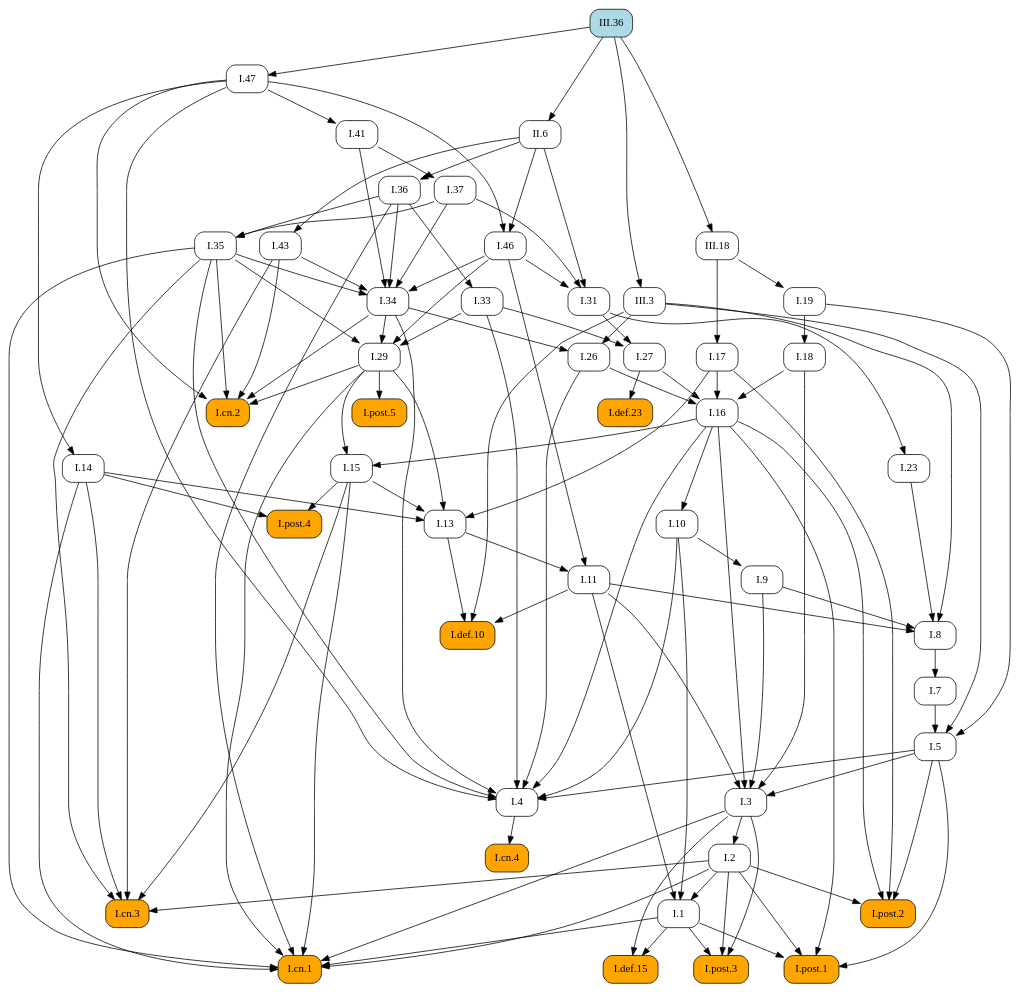
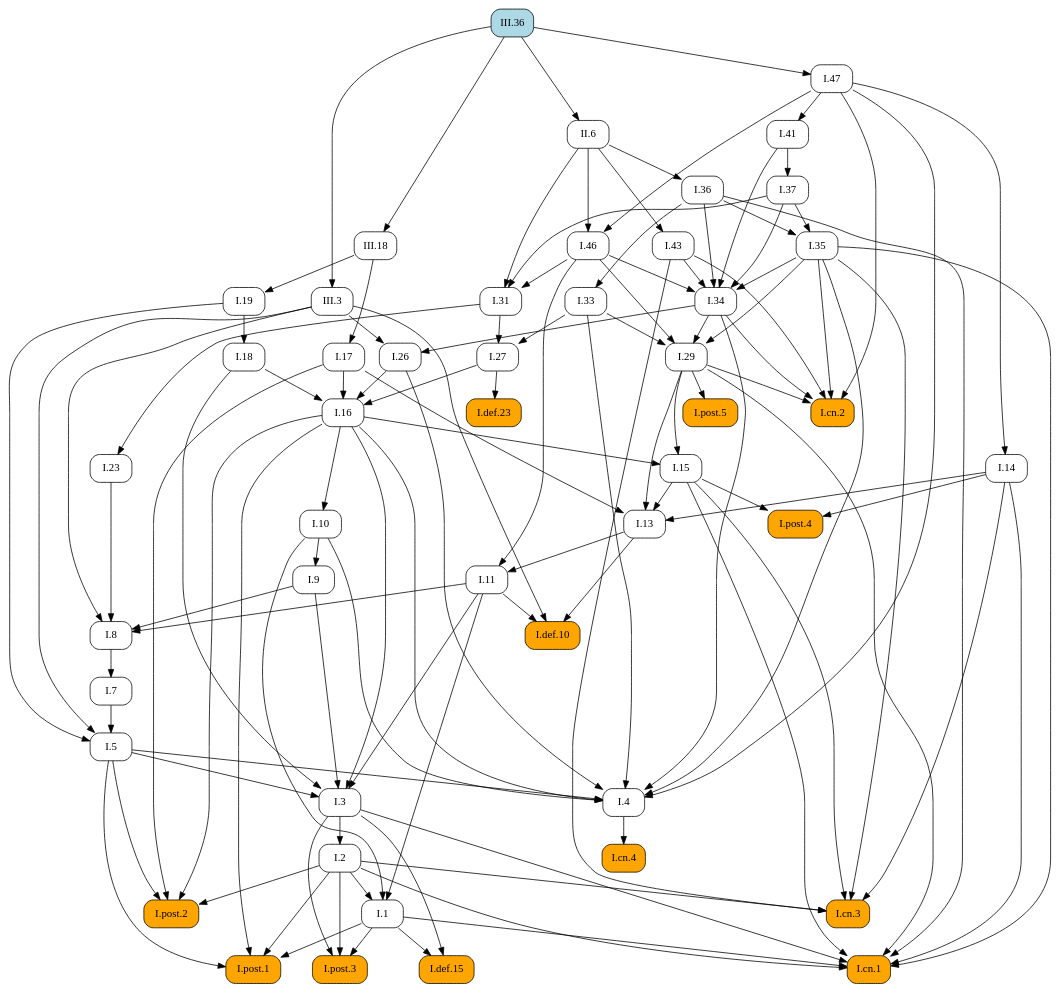
One commit to geometor/elements changed the diagram in docsrc/elements2/III/36/index.rst. Above: the diagram before and after it, drawn with Graphviz. The commit also changed other lines of this file and 171 other files, not shown here.

```diff
--- a/docsrc/elements2/III/36/index.rst
+++ b/docsrc/elements2/III/36/index.rst
@@ -72,94 +72,145 @@
    digraph {
      rankdir="TB";
      node [shape=box, style=rounded];
+     "I.8" [URL="/elements2/I/8/", target="_top"];
+     "I.46" [URL="/elements2/I/46/", target="_top"];
+     "I.36" [URL="/elements2/I/36/", target="_top"];
+     "III.36" [style="rounded,filled", fillcolor=lightblue, URL="/elements2/III/36/", target="_top"];
+     "I.47" [URL="/elements2/I/47/", target="_top"];
+     "I.14" [URL="/elements2/I/14/", target="_top"];
+     "I.post.1" [style="rounded,filled", fillcolor=orange, URL="/elements2/I/post.1/", target="_top"];
+     "I.33" [URL="/elements2/I/33/", target="_top"];
+     "I.5" [URL="/elements2/I/5/", target="_top"];
+     "I.post.5" [style="rounded,filled", fillcolor=orange, URL="/elements2/I/post.5/", target="_top"];
+     "I.def.10" [style="rounded,filled", fillcolor=orange, URL="/elements2/I/def.10/", target="_top"];
+     "III.3" [URL="/elements2/III/3/", target="_top"];
+     "I.cn.2" [style="rounded,filled", fillcolor=orange, URL="/elements2/I/cn.2/", target="_top"];
+     "I.def.15" [style="rounded,filled", fillcolor=orange, URL="/elements2/I/def.15/", target="_top"];
+     "I.31" [URL="/elements2/I/31/", target="_top"];
+     "I.11" [URL="/elements2/I/11/", target="_top"];
+     "I.43" [URL="/elements2/I/43/", target="_top"];
+     "I.post.2" [style="rounded,filled", fillcolor=orange, URL="/elements2/I/post.2/", target="_top"];
+     "I.3" [URL="/elements2/I/3/", target="_top"];
+     "I.def.23" [style="rounded,filled", fillcolor=orange, URL="/elements2/I/def.23/", target="_top"];
+     "I.26" [URL="/elements2/I/26/", target="_top"];
+     "I.19" [URL="/elements2/I/19/", target="_top"];
+     "I.cn.3" [style="rounded,filled", fillcolor=orange, URL="/elements2/I/cn.3/", target="_top"];
+     "I.cn.4" [style="rounded,filled", fillcolor=orange, URL="/elements2/I/cn.4/", target="_top"];
+     "I.1" [URL="/elements2/I/1/", target="_top"];
+     "I.7" [URL="/elements2/I/7/", target="_top"];
+     "I.17" [URL="/elements2/I/17/", target="_top"];
+     "I.9" [URL="/elements2/I/9/", target="_top"];
+     "I.cn.1" [style="rounded,filled", fillcolor=orange, URL="/elements2/I/cn.1/", target="_top"];
+     "I.29" [URL="/elements2/I/29/", target="_top"];
+     "I.post.4" [style="rounded,filled", fillcolor=orange, URL="/elements2/I/post.4/", target="_top"];
+     "I.16" [URL="/elements2/I/16/", target="_top"];
+     "I.13" [URL="/elements2/I/13/", target="_top"];
+     "I.18" [URL="/elements2/I/18/", target="_top"];
+     "I.41" [URL="/elements2/I/41/", target="_top"];
+     "I.35" [URL="/elements2/I/35/", target="_top"];
+     "I.2" [URL="/elements2/I/2/", target="_top"];
+     "II.6" [URL="/elements2/II/6/", target="_top"];
      "I.37" [URL="/elements2/I/37/", target="_top"];
-     "I.def.10" [style="rounded,filled", fillcolor=orange, URL="/elements2/I/def.10/", target="_top"];
-     "I.46" [URL="/elements2/I/46/", target="_top"];
-     "I.47" [URL="/elements2/I/47/", target="_top"];
+     "I.27" [URL="/elements2/I/27/", target="_top"];
+     "III.18" [URL="/elements2/III/18/", target="_top"];
+     "I.4" [URL="/elements2/I/4/", target="_top"];
+     "I.10" [URL="/elements2/I/10/", target="_top"];
+     "I.15" [URL="/elements2/I/15/", target="_top"];
      "I.34" [URL="/elements2/I/34/", target="_top"];
-     "I.cn.4" [style="rounded,filled", fillcolor=orange, URL="/elements2/I/cn.4/", target="_top"];
-     "I.def.15" [style="rounded,filled", fillcolor=orange, URL="/elements2/I/def.15/", target="_top"];
+     "I.23" [URL="/elements2/I/23/", target="_top"];
      "I.post.3" [style="rounded,filled", fillcolor=orange, URL="/elements2/I/post.3/", target="_top"];
-     "I.41" [URL="/elements2/I/41/", target="_top"];
-     "I.36" [URL="/elements2/I/36/", target="_top"];
-     "I.27" [URL="/elements2/I/27/", target="_top"];
-     "I.post.2" [style="rounded,filled", fillcolor=orange, URL="/elements2/I/post.2/", target="_top"];
-     "I.13" [URL="/elements2/I/13/", target="_top"];
-     "I.10" [URL="/elements2/I/10/", target="_top"];
-     "I.post.1" [style="rounded,filled", fillcolor=orange, URL="/elements2/I/post.1/", target="_top"];
-     "I.7" [URL="/elements2/I/7/", target="_top"];
-     "II.6" [URL="/elements2/II/6/", target="_top"];
-     "I.14" [URL="/elements2/I/14/", target="_top"];
-     "I.11" [URL="/elements2/I/11/", target="_top"];
-     "I.4" [URL="/elements2/I/4/", target="_top"];
-     "I.16" [URL="/elements2/I/16/", target="_top"];
-     "III.36" [style="rounded,filled", fillcolor=lightblue, URL="/elements2/III/36/", target="_top"];
-     "I.def.23" [style="rounded,filled", fillcolor=orange, URL="/elements2/I/def.23/", target="_top"];
-     "I.9" [URL="/elements2/I/9/", target="_top"];
-     "I.18" [URL="/elements2/I/18/", target="_top"];
-     "I.8" [URL="/elements2/I/8/", target="_top"];
-     "III.18" [URL="/elements2/III/18/", target="_top"];
-     "I.cn.2" [style="rounded,filled", fillcolor=orange, URL="/elements2/I/cn.2/", target="_top"];
-     "I.26" [URL="/elements2/I/26/", target="_top"];
-     "I.23" [URL="/elements2/I/23/", target="_top"];
-     "I.15" [URL="/elements2/I/15/", target="_top"];
-     "I.post.5" [style="rounded,filled", fillcolor=orange, URL="/elements2/I/post.5/", target="_top"];
-     "I.2" [URL="/elements2/I/2/", target="_top"];
-     "I.1" [URL="/elements2/I/1/", target="_top"];
-     "I.35" [URL="/elements2/I/35/", target="_top"];
-     "III.3" [URL="/elements2/III/3/", target="_top"];
-     "I.43" [URL="/elements2/I/43/", target="_top"];
-     "I.33" [URL="/elements2/I/33/", target="_top"];
-     "I.31" [URL="/elements2/I/31/", target="_top"];
-     "I.post.4" [style="rounded,filled", fillcolor=orange, URL="/elements2/I/post.4/", target="_top"];
-     "I.cn.1" [style="rounded,filled", fillcolor=orange, URL="/elements2/I/cn.1/", target="_top"];
-     "I.3" [URL="/elements2/I/3/", target="_top"];
-     "I.cn.3" [style="rounded,filled", fillcolor=orange, URL="/elements2/I/cn.3/", target="_top"];
-     "I.17" [URL="/elements2/I/17/", target="_top"];
-     "I.29" [URL="/elements2/I/29/", target="_top"];
-     "I.19" [URL="/elements2/I/19/", target="_top"];
-     "I.5" [URL="/elements2/I/5/", target="_top"];
-     "I.41" -> "I.37";
+     "I.9" -> "I.8";
+     "I.11" -> "I.8";
+     "I.23" -> "I.8";
+     "III.3" -> "I.8";
+     "I.47" -> "I.46";
+     "II.6" -> "I.46";
+     "II.6" -> "I.36";
+     "III.36" -> "I.47";
+     "I.47" -> "I.14";
+     "I.1" -> "I.post.1";
+     "I.2" -> "I.post.1";
+     "I.5" -> "I.post.1";
+     "I.16" -> "I.post.1";
+     "I.36" -> "I.33";
+     "I.7" -> "I.5";
+     "I.19" -> "I.5";
+     "III.3" -> "I.5";
+     "I.29" -> "I.post.5";
      "I.11" -> "I.def.10";
      "I.13" -> "I.def.10";
      "III.3" -> "I.def.10";
-     "I.47" -> "I.46";
-     "II.6" -> "I.46";
-     "III.36" -> "I.47";
-     "I.35" -> "I.34";
-     "I.36" -> "I.34";
-     "I.37" -> "I.34";
-     "I.41" -> "I.34";
-     "I.43" -> "I.34";
-     "I.46" -> "I.34";
-     "I.4" -> "I.cn.4";
+     "III.36" -> "III.3";
+     "I.29" -> "I.cn.2";
+     "I.34" -> "I.cn.2";
+     "I.35" -> "I.cn.2";
+     "I.43" -> "I.cn.2";
+     "I.47" -> "I.cn.2";
      "I.1" -> "I.def.15";
      "I.3" -> "I.def.15";
-     "I.1" -> "I.post.3";
-     "I.2" -> "I.post.3";
-     "I.3" -> "I.post.3";
-     "I.47" -> "I.41";
-     "II.6" -> "I.36";
-     "I.31" -> "I.27";
-     "I.33" -> "I.27";
+     "I.37" -> "I.31";
+     "I.46" -> "I.31";
+     "II.6" -> "I.31";
+     "I.13" -> "I.11";
+     "I.46" -> "I.11";
+     "II.6" -> "I.43";
      "I.2" -> "I.post.2";
      "I.5" -> "I.post.2";
      "I.16" -> "I.post.2";
      "I.17" -> "I.post.2";
+     "I.5" -> "I.3";
+     "I.9" -> "I.3";
+     "I.11" -> "I.3";
+     "I.16" -> "I.3";
+     "I.18" -> "I.3";
+     "I.27" -> "I.def.23";
+     "I.34" -> "I.26";
+     "III.3" -> "I.26";
+     "III.18" -> "I.19";
+     "I.2" -> "I.cn.3";
+     "I.14" -> "I.cn.3";
+     "I.15" -> "I.cn.3";
+     "I.35" -> "I.cn.3";
+     "I.43" -> "I.cn.3";
+     "I.4" -> "I.cn.4";
+     "I.2" -> "I.1";
+     "I.10" -> "I.1";
+     "I.11" -> "I.1";
+     "I.8" -> "I.7";
+     "III.18" -> "I.17";
+     "I.10" -> "I.9";
+     "I.1" -> "I.cn.1";
+     "I.2" -> "I.cn.1";
+     "I.3" -> "I.cn.1";
+     "I.14" -> "I.cn.1";
+     "I.15" -> "I.cn.1";
+     "I.29" -> "I.cn.1";
+     "I.35" -> "I.cn.1";
+     "I.36" -> "I.cn.1";
+     "I.33" -> "I.29";
+     "I.34" -> "I.29";
+     "I.35" -> "I.29";
+     "I.46" -> "I.29";
+     "I.14" -> "I.post.4";
+     "I.15" -> "I.post.4";
+     "I.17" -> "I.16";
+     "I.18" -> "I.16";
+     "I.26" -> "I.16";
+     "I.27" -> "I.16";
      "I.14" -> "I.13";
      "I.15" -> "I.13";
      "I.17" -> "I.13";
      "I.29" -> "I.13";
-     "I.16" -> "I.10";
-     "I.1" -> "I.post.1";
-     "I.2" -> "I.post.1";
-     "I.5" -> "I.post.1";
-     "I.16" -> "I.post.1";
-     "I.8" -> "I.7";
+     "I.19" -> "I.18";
+     "I.47" -> "I.41";
+     "I.36" -> "I.35";
+     "I.37" -> "I.35";
+     "I.3" -> "I.2";
      "III.36" -> "II.6";
-     "I.47" -> "I.14";
-     "I.13" -> "I.11";
-     "I.46" -> "I.11";
+     "I.41" -> "I.37";
+     "I.31" -> "I.27";
+     "I.33" -> "I.27";
+     "III.36" -> "III.18";
      "I.5" -> "I.4";
      "I.10" -> "I.4";
      "I.16" -> "I.4";
@@ -168,68 +219,17 @@
      "I.34" -> "I.4";
      "I.35" -> "I.4";
      "I.47" -> "I.4";
-     "I.17" -> "I.16";
-     "I.18" -> "I.16";
-     "I.26" -> "I.16";
-     "I.27" -> "I.16";
-     "I.27" -> "I.def.23";
-     "I.10" -> "I.9";
-     "I.19" -> "I.18";
-     "I.9" -> "I.8";
-     "I.11" -> "I.8";
-     "I.23" -> "I.8";
-     "III.3" -> "I.8";
-     "III.36" -> "III.18";
-     "I.29" -> "I.cn.2";
-     "I.34" -> "I.cn.2";
-     "I.35" -> "I.cn.2";
-     "I.43" -> "I.cn.2";
-     "I.47" -> "I.cn.2";
-     "I.34" -> "I.26";
-     "III.3" -> "I.26";
-     "I.31" -> "I.23";
+     "I.16" -> "I.10";
      "I.16" -> "I.15";
      "I.29" -> "I.15";
-     "I.29" -> "I.post.5";
-     "I.3" -> "I.2";
-     "I.2" -> "I.1";
-     "I.10" -> "I.1";
-     "I.11" -> "I.1";
-     "I.36" -> "I.35";
-     "I.37" -> "I.35";
-     "III.36" -> "III.3";
-     "II.6" -> "I.43";
-     "I.36" -> "I.33";
-     "I.37" -> "I.31";
-     "I.46" -> "I.31";
-     "II.6" -> "I.31";
-     "I.14" -> "I.post.4";
-     "I.15" -> "I.post.4";
-     "I.1" -> "I.cn.1";
-     "I.2" -> "I.cn.1";
-     "I.3" -> "I.cn.1";
-     "I.14" -> "I.cn.1";
-     "I.15" -> "I.cn.1";
-     "I.29" -> "I.cn.1";
-     "I.35" -> "I.cn.1";
-     "I.36" -> "I.cn.1";
-     "I.5" -> "I.3";
-     "I.9" -> "I.3";
-     "I.11" -> "I.3";
-     "I.16" -> "I.3";
-     "I.18" -> "I.3";
-     "I.2" -> "I.cn.3";
-     "I.14" -> "I.cn.3";
-     "I.15" -> "I.cn.3";
-     "I.35" -> "I.cn.3";
-     "I.43" -> "I.cn.3";
-     "III.18" -> "I.17";
-     "I.33" -> "I.29";
-     "I.34" -> "I.29";
-     "I.35" -> "I.29";
-     "I.46" -> "I.29";
-     "III.18" -> "I.19";
-     "I.7" -> "I.5";
-     "I.19" -> "I.5";
-     "III.3" -> "I.5";
+     "I.35" -> "I.34";
+     "I.36" -> "I.34";
+     "I.37" -> "I.34";
+     "I.41" -> "I.34";
+     "I.43" -> "I.34";
+     "I.46" -> "I.34";
+     "I.31" -> "I.23";
+     "I.1" -> "I.post.3";
+     "I.2" -> "I.post.3";
+     "I.3" -> "I.post.3";
    }
```
